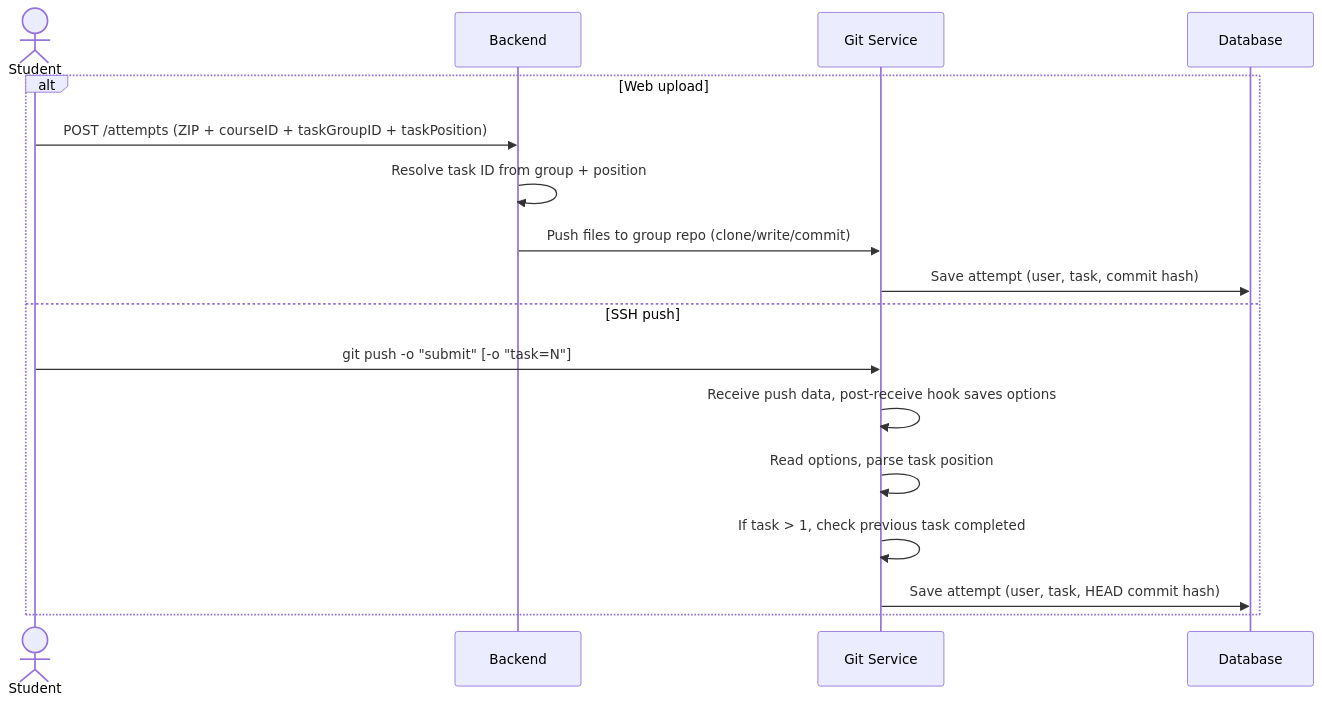
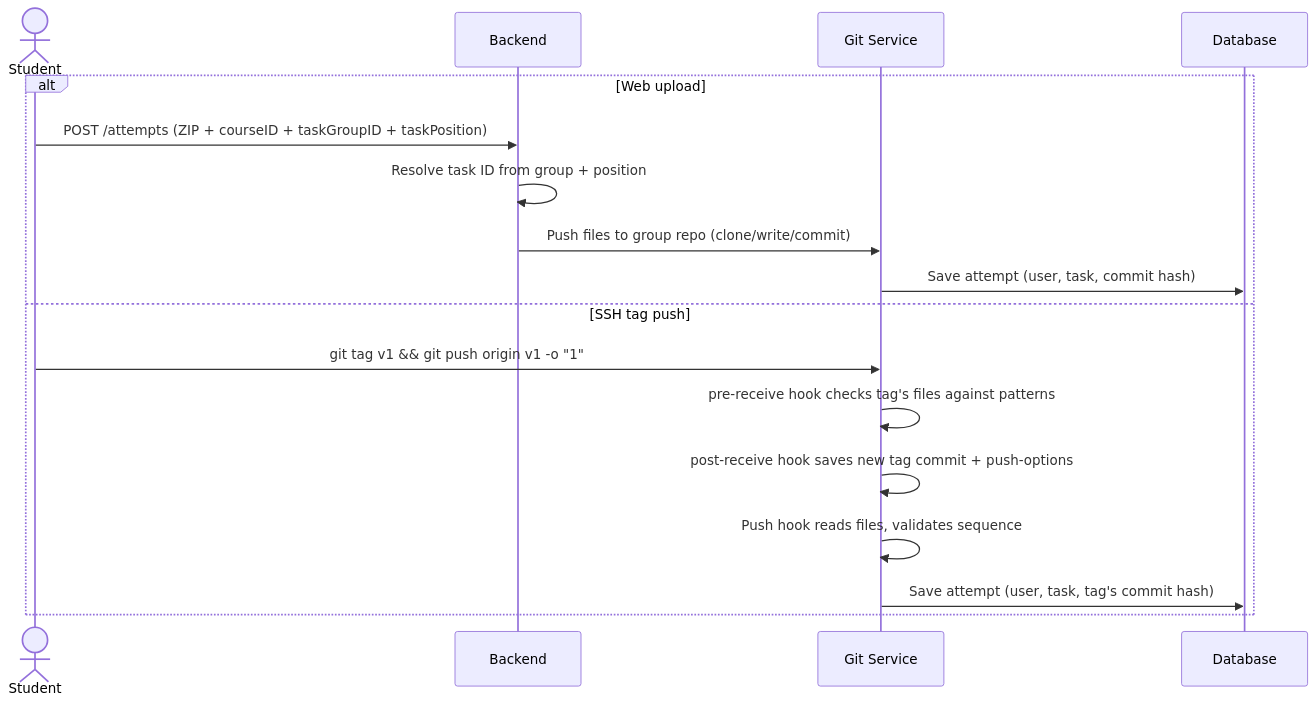
Before and after one commit to dsc-sgu/mm-backend: the diagram in internal/attempts/README.md, drawn with Mermaid. The commit also changed other lines of this file and 3 other files, not shown here.

````diff
--- a/internal/attempts/README.md
+++ b/internal/attempts/README.md
@@ -25,20 +29,20 @@
 ```mermaid
 sequenceDiagram
     actor Student
     participant Backend
     participant Git as Git Service
     participant DB as Database
 
     alt Web upload
         Student->>Backend: POST /attempts (ZIP + courseID + taskGroupID + taskPosition)
         Backend->>Backend: Resolve task ID from group + position
         Backend->>Git: Push files to group repo (clone/write/commit)
         Git->>DB: Save attempt (user, task, commit hash)
-    else SSH push
-        Student->>Git: git push -o "submit" [-o "task=N"]
-        Git->>Git: Receive push data, post-receive hook saves options
-        Git->>Git: Read options, parse task position
-        Git->>Git: If task > 1, check previous task completed
-        Git->>DB: Save attempt (user, task, HEAD commit hash)
+    else SSH tag push
+        Student->>Git: git tag v1 && git push origin v1 -o "1"
+        Git->>Git: pre-receive hook checks tag's files against patterns
+        Git->>Git: post-receive hook saves new tag commit + push-options
+        Git->>Git: Push hook reads files, validates sequence
+        Git->>DB: Save attempt (user, task, tag's commit hash)
     end
 ```
````
